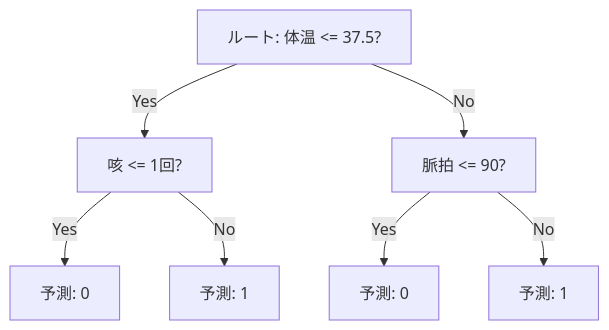
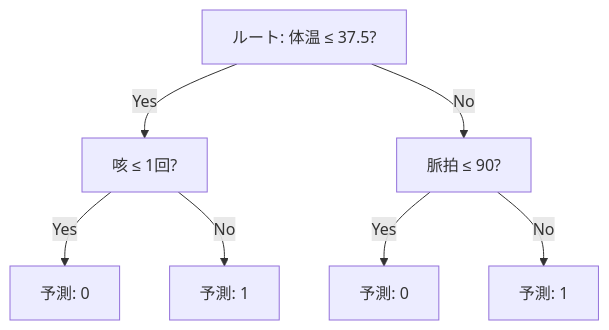
One commit to nao1215/debimate changed the second of 2 diagrams in projects/ml/notes/ml/gradient-boosting/index.md. Above: the diagram before and after it, drawn with Mermaid. The commit also changed 14 other files, not shown here.

First line of the commit message:
docs(ml): mermaid fixes + cross-link reinforcement (no isolated notes)

````diff
--- a/projects/ml/notes/ml/gradient-boosting/index.md
+++ b/projects/ml/notes/ml/gradient-boosting/index.md
@@ -79,9 +79,9 @@
 ```mermaid
 graph TD
-    X[ルート: 体温 <= 37.5?] -->|Yes| Y[咳 <= 1回?]
-    X -->|No| Z[脈拍 <= 90?]
-    Y -->|Yes| A[予測: 0]
-    Y -->|No| B[予測: 1]
-    Z -->|Yes| C[予測: 0]
-    Z -->|No| D[予測: 1]
+    X["ルート: 体温 ≤ 37.5?"] -->|Yes| Y["咳 ≤ 1回?"]
+    X -->|No| Z["脈拍 ≤ 90?"]
+    Y -->|Yes| A["予測: 0"]
+    Y -->|No| B["予測: 1"]
+    Z -->|Yes| C["予測: 0"]
+    Z -->|No| D["予測: 1"]
 ```
````
